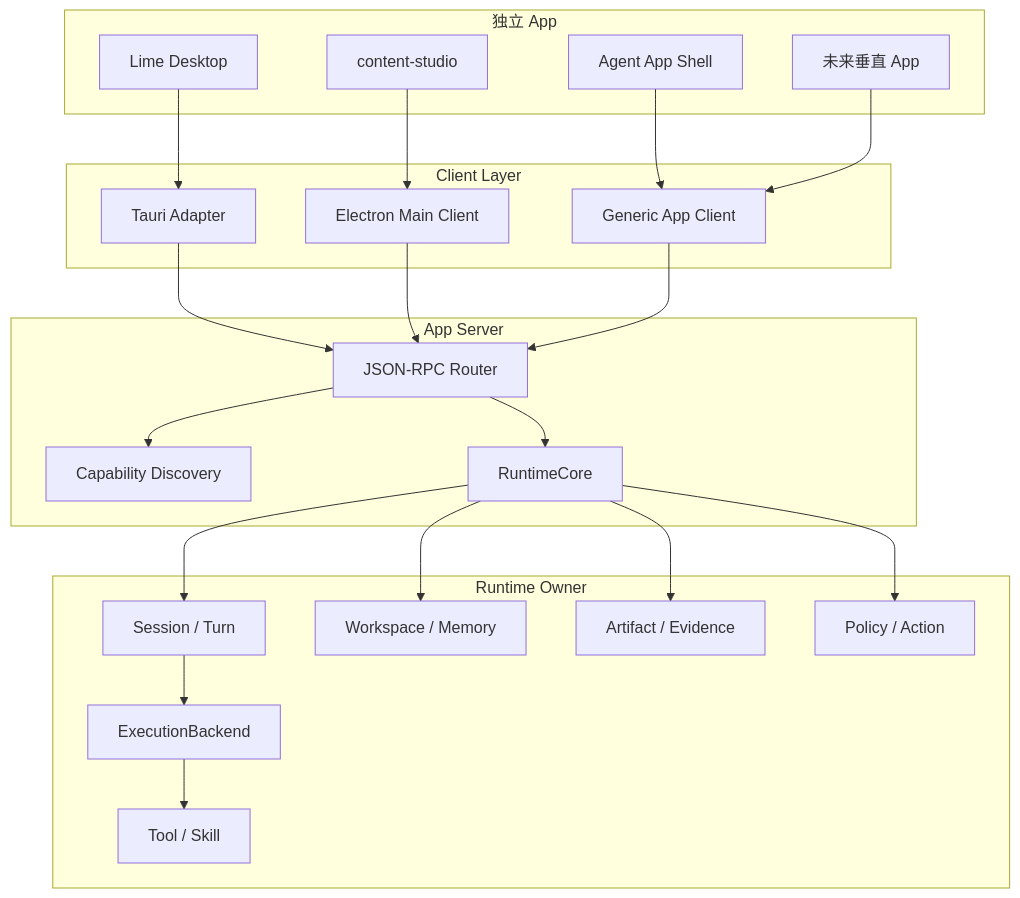
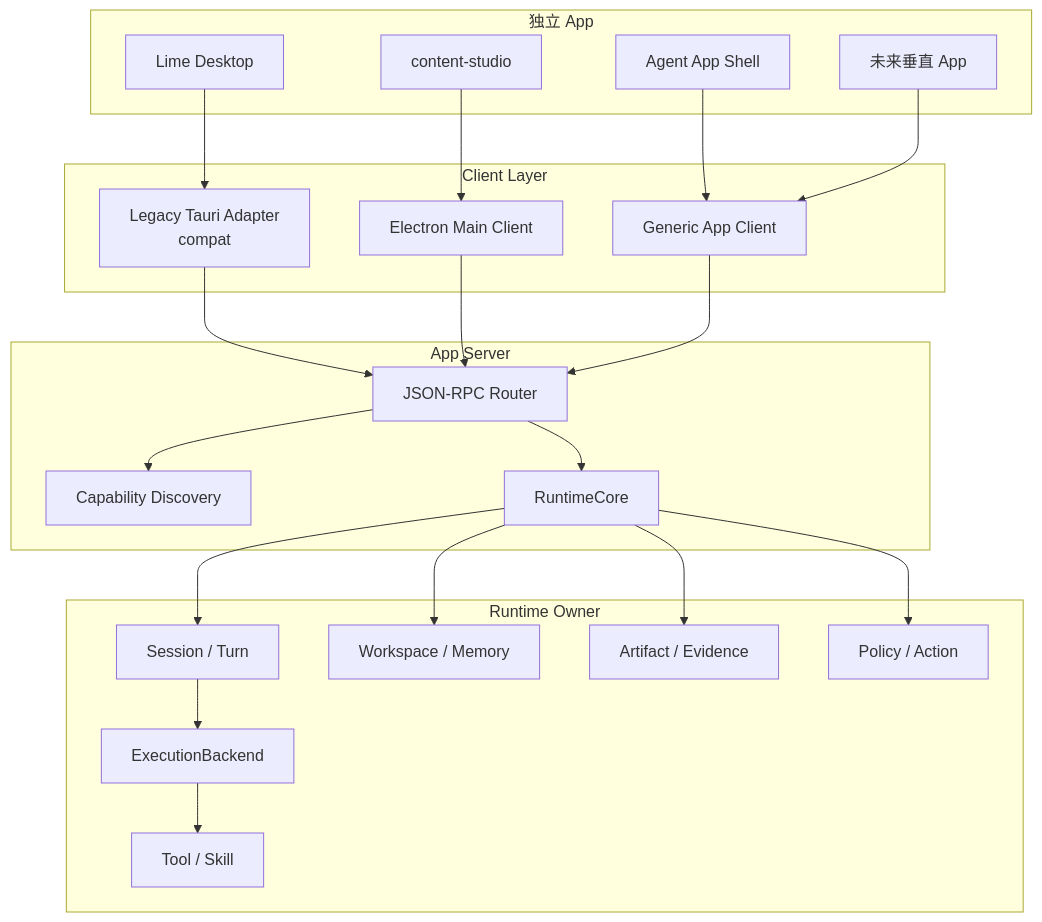
One commit to jiujuan/lime changed the fifth of 9 diagrams in internal/roadmap/appserver/flowcharts.md. Above: the diagram before and after it, drawn with Mermaid. The commit also changed other lines of this file and 2377 other files, not shown here.

````diff
--- a/internal/roadmap/appserver/flowcharts.md
+++ b/internal/roadmap/appserver/flowcharts.md
@@ -82,46 +82,46 @@
 ```mermaid
 flowchart TB
     subgraph AppLayer["独立 App"]
         A["Lime Desktop"]
         B["content-studio"]
         C["Agent App Shell"]
         D["未来垂直 App"]
     end
 
     subgraph ClientLayer["Client Layer"]
-        E["Tauri Adapter"]
+        E["Legacy Tauri Adapter<br/>compat"]
         F["Electron Main Client"]
         G["Generic App Client"]
     end
 
     subgraph ServerLayer["App Server"]
         H["JSON-RPC Router"]
         I["Capability Discovery"]
         J["RuntimeCore"]
     end
 
     subgraph RuntimeLayer["Runtime Owner"]
         K["Session / Turn"]
         L["ExecutionBackend"]
         M["Tool / Skill"]
         N["Workspace / Memory"]
         O["Artifact / Evidence"]
         P["Policy / Action"]
     end
 
     A --> E
     B --> F
     C --> G
     D --> G
     E --> H
     F --> H
     G --> H
     H --> I
     H --> J
     J --> K
     K --> L
     L --> M
     J --> N
     J --> O
     J --> P
 ```
````
